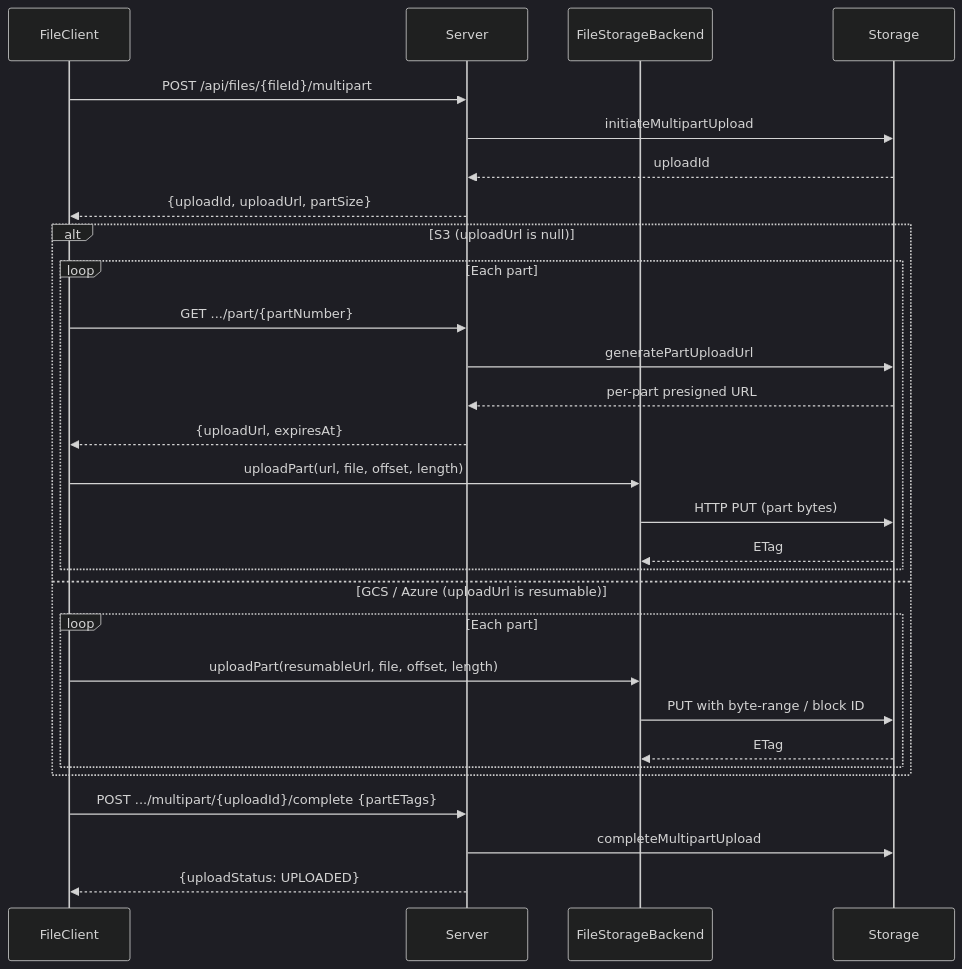
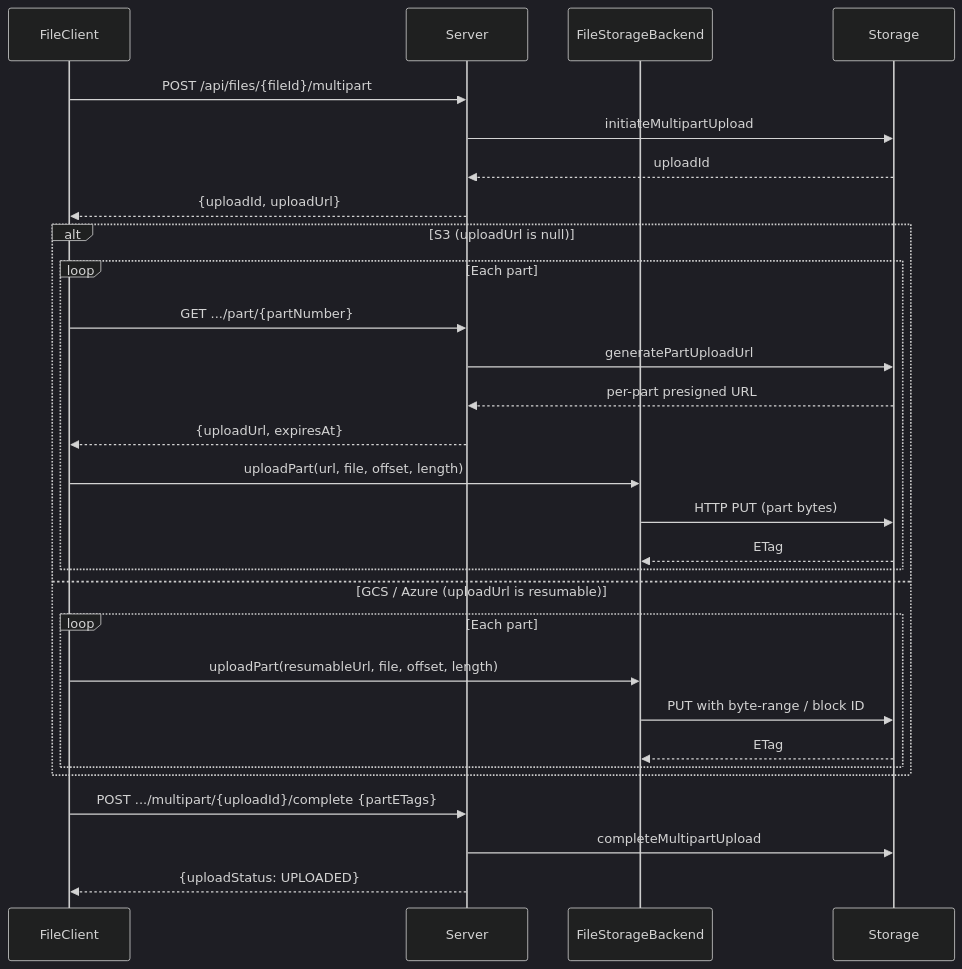
One commit to conductor-oss/conductor changed the third of 10 diagrams in docs/file-storage/design.md. Above: the diagram before and after it, drawn with Mermaid (dark theme). The commit also changed other lines of this file and 6 other files, not shown here.

````diff
--- a/docs/file-storage/design.md
+++ b/docs/file-storage/design.md
@@ -1887,34 +1888,34 @@
 ```mermaid
 sequenceDiagram
     participant FC as FileClient
     participant S as Server
     participant SB as FileStorageBackend
     participant ST as Storage
 
     FC->>S: POST /api/files/{fileId}/multipart
     S->>ST: initiateMultipartUpload
     ST-->>S: uploadId
-    S-->>FC: {uploadId, uploadUrl, partSize}
+    S-->>FC: {uploadId, uploadUrl}
 
     alt S3 (uploadUrl is null)
         loop Each part
             FC->>S: GET .../part/{partNumber}
             S->>ST: generatePartUploadUrl
             ST-->>S: per-part presigned URL
             S-->>FC: {uploadUrl, expiresAt}
             FC->>SB: uploadPart(url, file, offset, length)
             SB->>ST: HTTP PUT (part bytes)
             ST-->>SB: ETag
         end
     else GCS / Azure (uploadUrl is resumable)
         loop Each part
             FC->>SB: uploadPart(resumableUrl, file, offset, length)
             SB->>ST: PUT with byte-range / block ID
             ST-->>SB: ETag
         end
     end
 
     FC->>S: POST .../multipart/{uploadId}/complete {partETags}
     S->>ST: completeMultipartUpload
     S-->>FC: {uploadStatus: UPLOADED}
 ```
````
